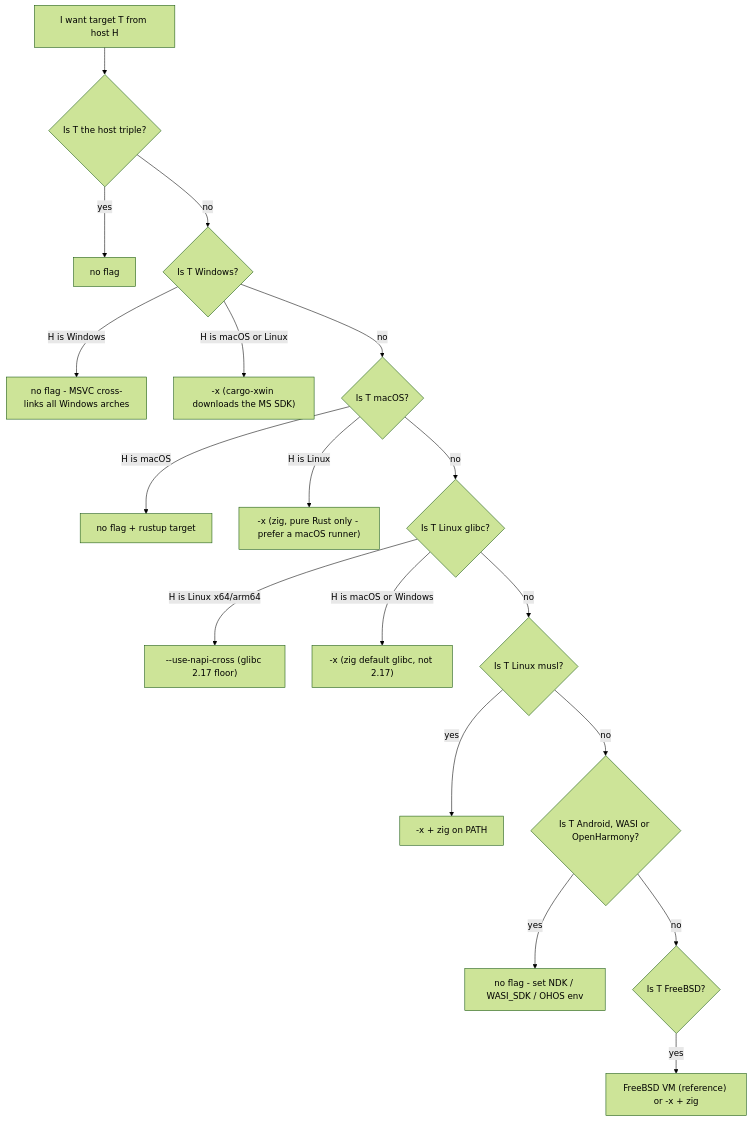
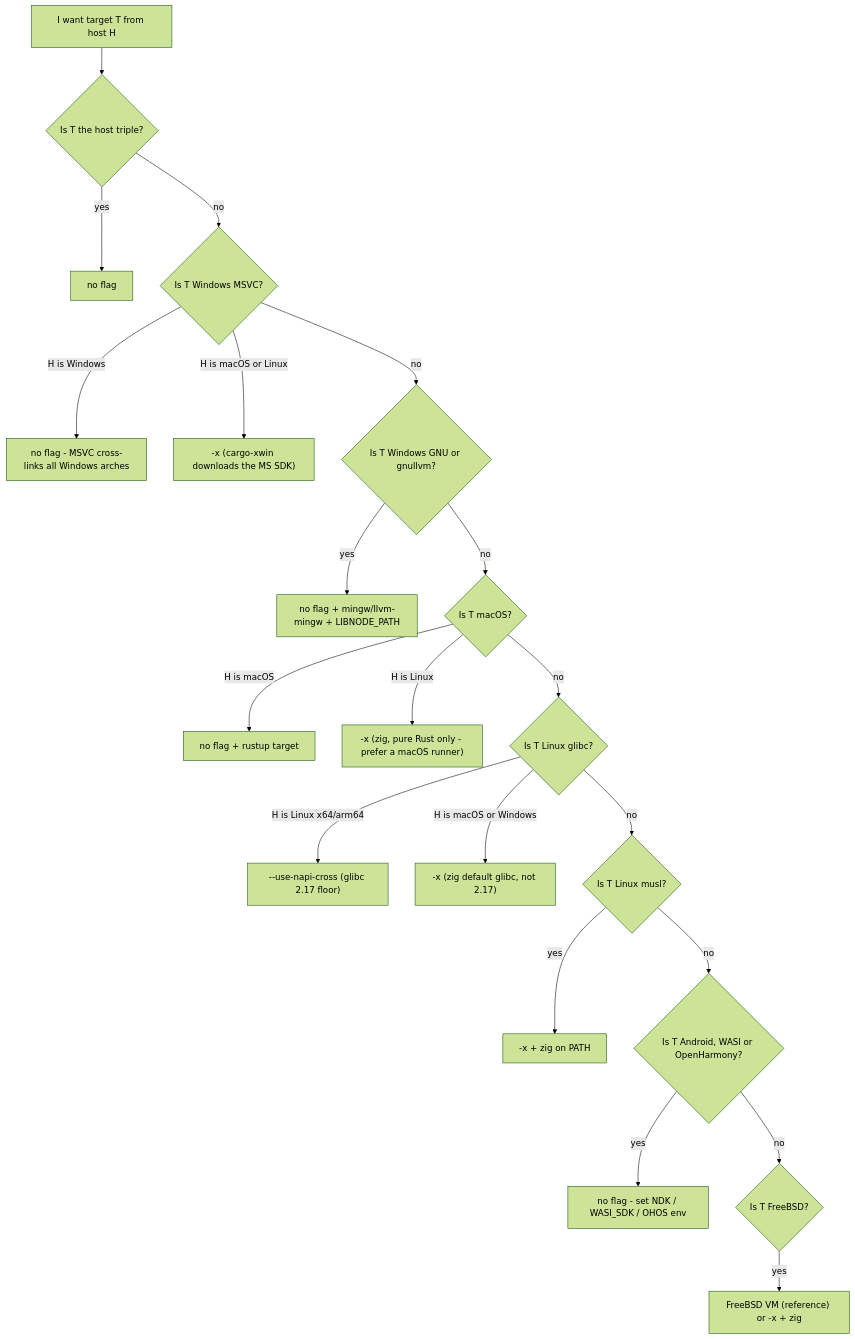
The diagram in content/docs/cross-build.en.mdx (napi-rs/website), drawn with Mermaid (forest theme) before and after one commit. The commit also changed other lines of this file and 299 other files, not shown here.

````diff
--- a/content/docs/cross-build.en.mdx
+++ b/content/docs/cross-build.en.mdx
@@ -50,20 +48,22 @@
 ```mermaid
 flowchart TD
     A[I want target T from host H] --> B{Is T the host triple?}
     B -- yes --> N0[no flag]
-    B -- no --> C{Is T Windows?}
+    B -- no --> C{Is T Windows MSVC?}
     C -- "H is Windows" --> N1["no flag - MSVC cross-links all Windows arches"]
     C -- "H is macOS or Linux" --> X1["-x (cargo-xwin downloads the MS SDK)"]
-    C -- no --> D{Is T macOS?}
+    C -- no --> WG{Is T Windows GNU or gnullvm?}
+    WG -- yes --> WGN["no flag + mingw/llvm-mingw + LIBNODE_PATH"]
+    WG -- no --> D{Is T macOS?}
     D -- "H is macOS" --> N2[no flag + rustup target]
     D -- "H is Linux" --> X2["-x (zig, pure Rust only - prefer a macOS runner)"]
     D -- no --> E{Is T Linux glibc?}
     E -- "H is Linux x64/arm64" --> NC["--use-napi-cross (glibc 2.17 floor)"]
     E -- "H is macOS or Windows" --> X3["-x (zig default glibc, not 2.17)"]
     E -- no --> F{Is T Linux musl?}
     F -- yes --> X4["-x + zig on PATH"]
     F -- no --> G{Is T Android, WASI or OpenHarmony?}
     G -- yes --> N3["no flag - set NDK / WASI_SDK / OHOS env"]
     G -- no --> H2{Is T FreeBSD?}
     H2 -- yes --> VM["FreeBSD VM (reference) or -x + zig"]
 ```
````
